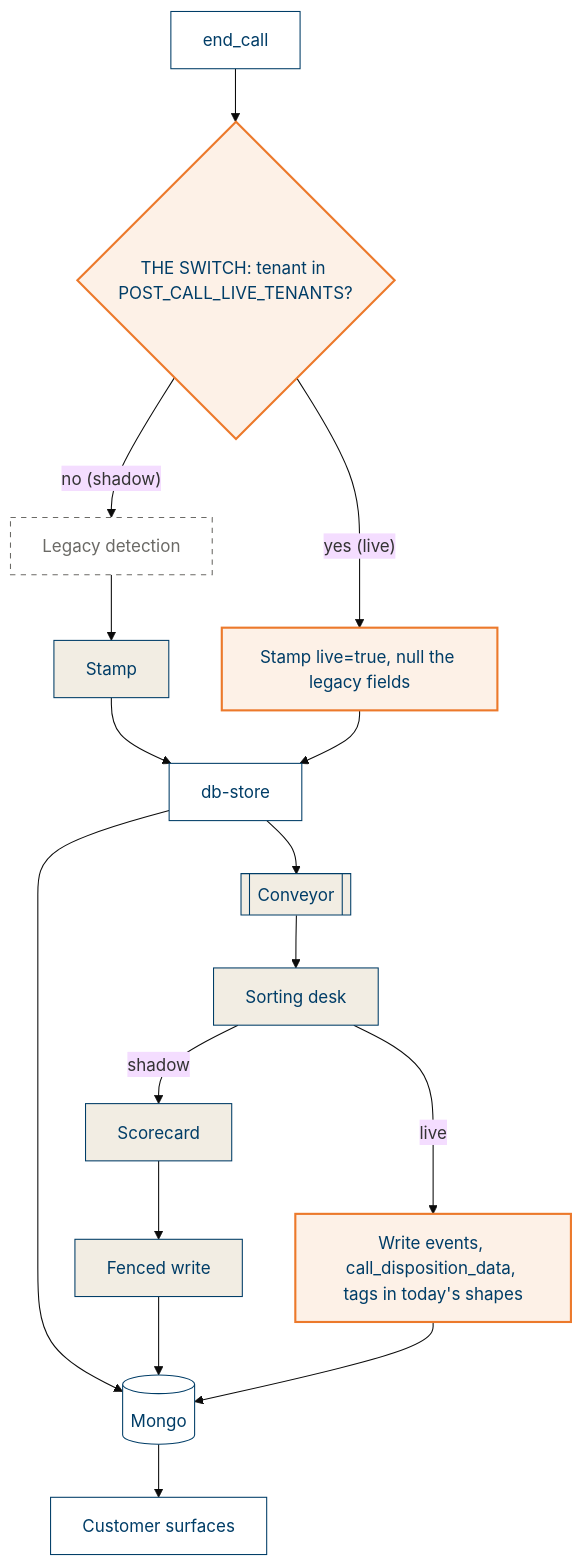
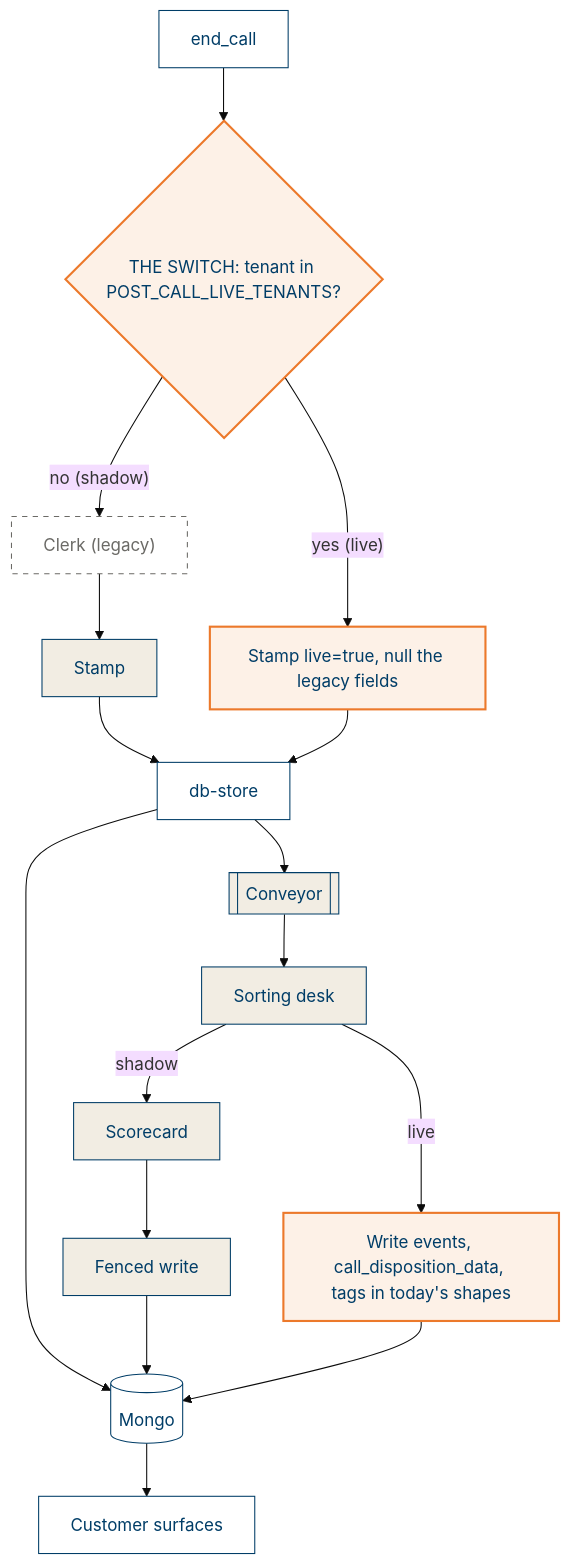
One commit to mynk93/dotfiles changed the fifth of 6 diagrams in home/dot_claude/skills/elih/examples/post-call-event-gen/board.md. Above: the diagram before and after it, drawn with Mermaid (base theme). The commit also changed other lines of this file and 17 other files, not shown here.

````diff
--- a/home/dot_claude/skills/elih/examples/post-call-event-gen/board.md
+++ b/home/dot_claude/skills/elih/examples/post-call-event-gen/board.md
@@ -74,17 +74,17 @@
 ```mermaid
 flowchart TD
     classDef legacy stroke-dasharray:5 5,stroke:#6B6A66,color:#6B6A66,fill:#fff
     classDef existing fill:#fff,stroke:#003D67,color:#003D67
     classDef earlier fill:#F2EDE3,stroke:#003D67,color:#003D67
     classDef new fill:#FDF1E7,stroke:#EC792B,color:#003D67,stroke-width:2px
     EC["end_call"]:::existing --> SWX{"THE SWITCH: tenant in POST_CALL_LIVE_TENANTS?"}:::new
-    SWX -->|"no (shadow)"| LEG["Legacy detection"]:::legacy --> ST["Stamp"]:::earlier
+    SWX -->|"no (shadow)"| LEG["Clerk (legacy)"]:::legacy --> ST["Stamp"]:::earlier
     SWX -->|"yes (live)"| STL["Stamp live=true, null the legacy fields"]:::new
     ST --> DBS["db-store"]:::existing
     STL --> DBS
     DBS --> DB[("Mongo")]:::existing
     DBS --> Q[["Conveyor"]]:::earlier --> SD["Sorting desk"]:::earlier
     SD -->|"shadow"| CMP["Scorecard"]:::earlier --> SAVE["Fenced write"]:::earlier --> DB
     SD -->|"live"| LW["Write events, call_disposition_data, tags in today's shapes"]:::new --> DB
     DB --> OUT["Customer surfaces"]:::existing
 ```
````
